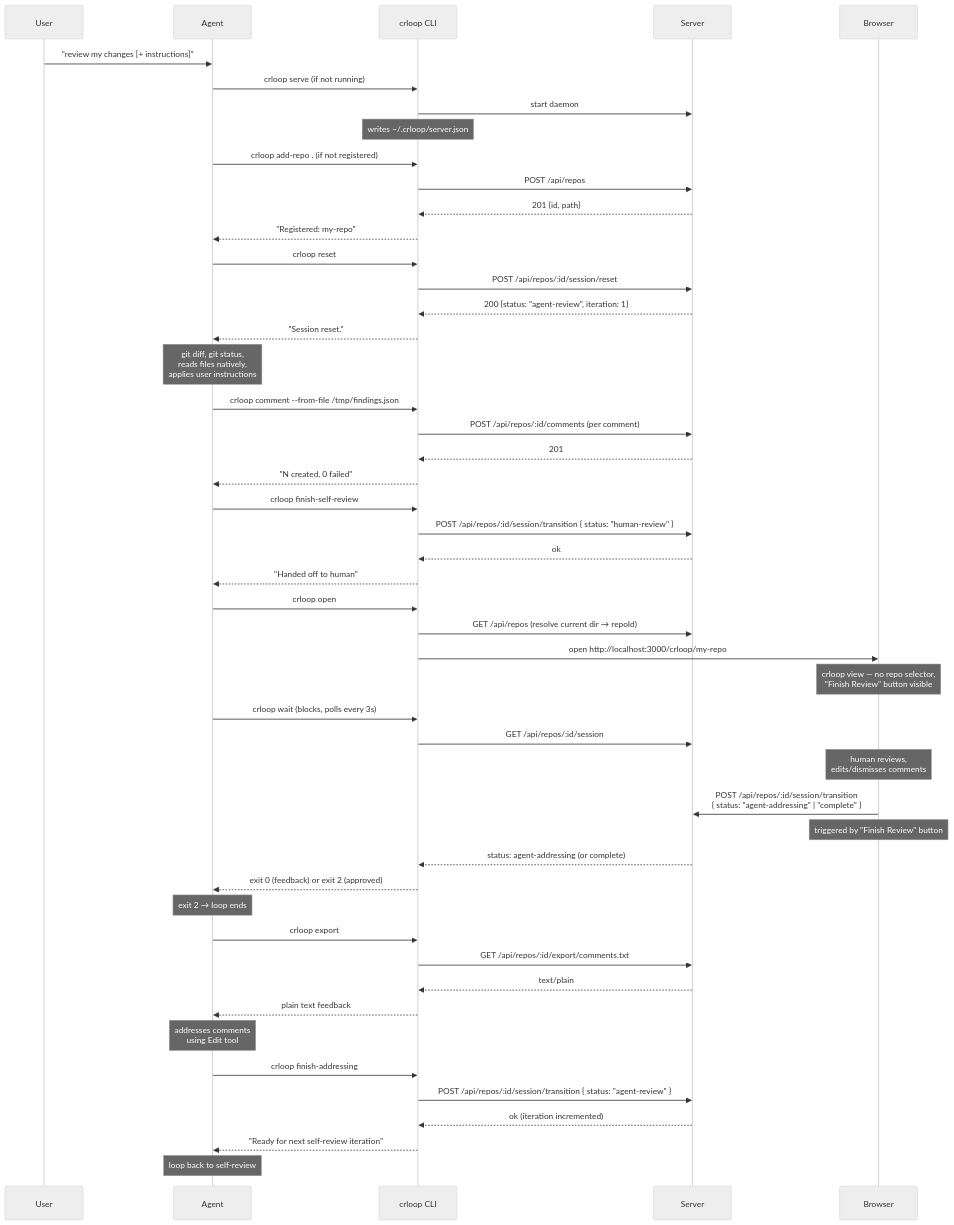
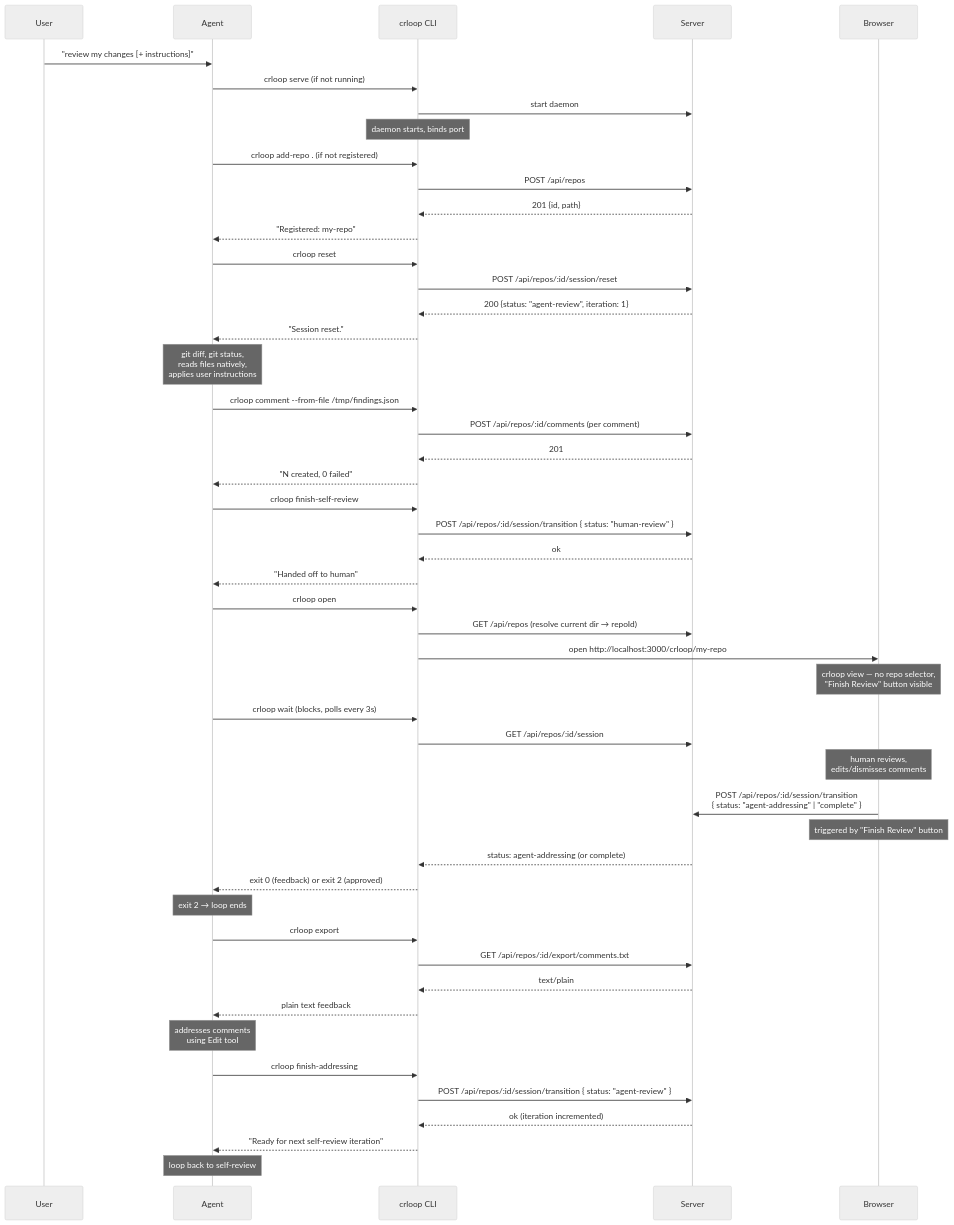
One commit to rkrysinski/agentic-cr-loop changed the second of 2 diagrams in docs/features/agentic-cr-skill-cli/design-skill-cli.md. Above: the diagram before and after it, drawn with Mermaid (neutral theme). The commit also changed other lines of this file and 10 other files, not shown here.

````diff
--- a/docs/features/agentic-cr-skill-cli/design-skill-cli.md
+++ b/docs/features/agentic-cr-skill-cli/design-skill-cli.md
@@ -466,67 +454,67 @@
 ```mermaid
 sequenceDiagram
     participant User
     participant Agent
     participant CLI as crloop CLI
     participant Server
     participant Browser
 
     User->>Agent: "review my changes [+ instructions]"
 
     Agent->>CLI: crloop serve (if not running)
     CLI->>Server: start daemon
-    Note over CLI: writes ~/.crloop/server.json
+    Note over CLI: daemon starts, binds port
 
     Agent->>CLI: crloop add-repo . (if not registered)
     CLI->>Server: POST /api/repos
     Server-->>CLI: 201 {id, path}
     CLI-->>Agent: "Registered: my-repo"
 
     Agent->>CLI: crloop reset
     CLI->>Server: POST /api/repos/:id/session/reset
     Server-->>CLI: 200 {status: "agent-review", iteration: 1}
     CLI-->>Agent: "Session reset."
 
     Note over Agent: git diff, git status,<br/>reads files natively,<br/>applies user instructions
 
     Agent->>CLI: crloop comment --from-file /tmp/findings.json
     CLI->>Server: POST /api/repos/:id/comments (per comment)
     Server-->>CLI: 201
     CLI-->>Agent: "N created, 0 failed"
 
     Agent->>CLI: crloop finish-self-review
     CLI->>Server: POST /api/repos/:id/session/transition { status: "human-review" }
     Server-->>CLI: ok
     CLI-->>Agent: "Handed off to human"
 
     Agent->>CLI: crloop open
     CLI->>Server: GET /api/repos (resolve current dir → repoId)
     CLI->>Browser: open http://localhost:3000/crloop/my-repo
     Note over Browser: crloop view — no repo selector,<br/>"Finish Review" button visible
 
     Agent->>CLI: crloop wait (blocks, polls every 3s)
     CLI->>Server: GET /api/repos/:id/session
 
     Note over Browser: human reviews,<br/>edits/dismisses comments
 
     Browser->>Server: POST /api/repos/:id/session/transition<br/>{ status: "agent-addressing" | "complete" }
     Note over Browser: triggered by "Finish Review" button
     Server-->>CLI: status: agent-addressing (or complete)
     CLI-->>Agent: exit 0 (feedback) or exit 2 (approved)
 
     Note over Agent: exit 2 → loop ends
 
     Agent->>CLI: crloop export
     CLI->>Server: GET /api/repos/:id/export/comments.txt
     Server-->>CLI: text/plain
     CLI-->>Agent: plain text feedback
 
     Note over Agent: addresses comments<br/>using Edit tool
 
     Agent->>CLI: crloop finish-addressing
     CLI->>Server: POST /api/repos/:id/session/transition { status: "agent-review" }
     Server-->>CLI: ok (iteration incremented)
     CLI-->>Agent: "Ready for next self-review iteration"
 
     Note over Agent: loop back to self-review
 ```
````
